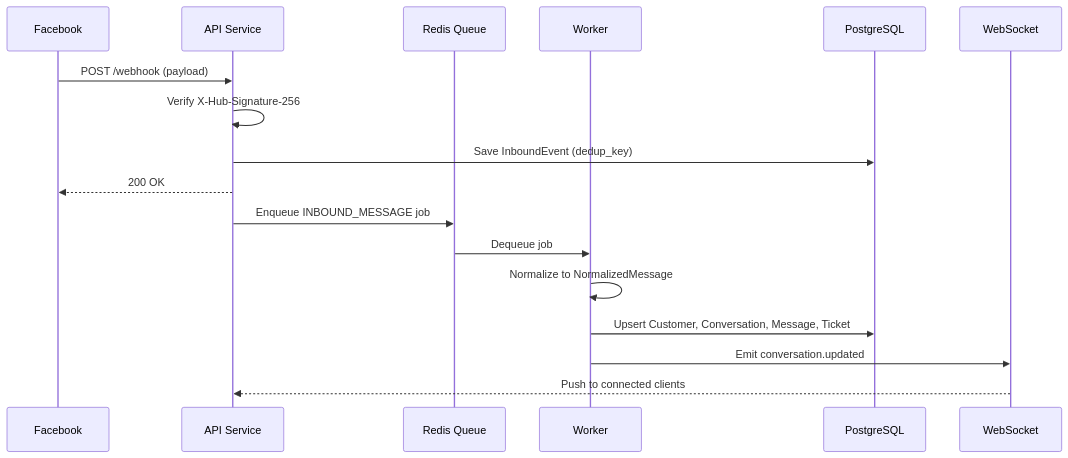
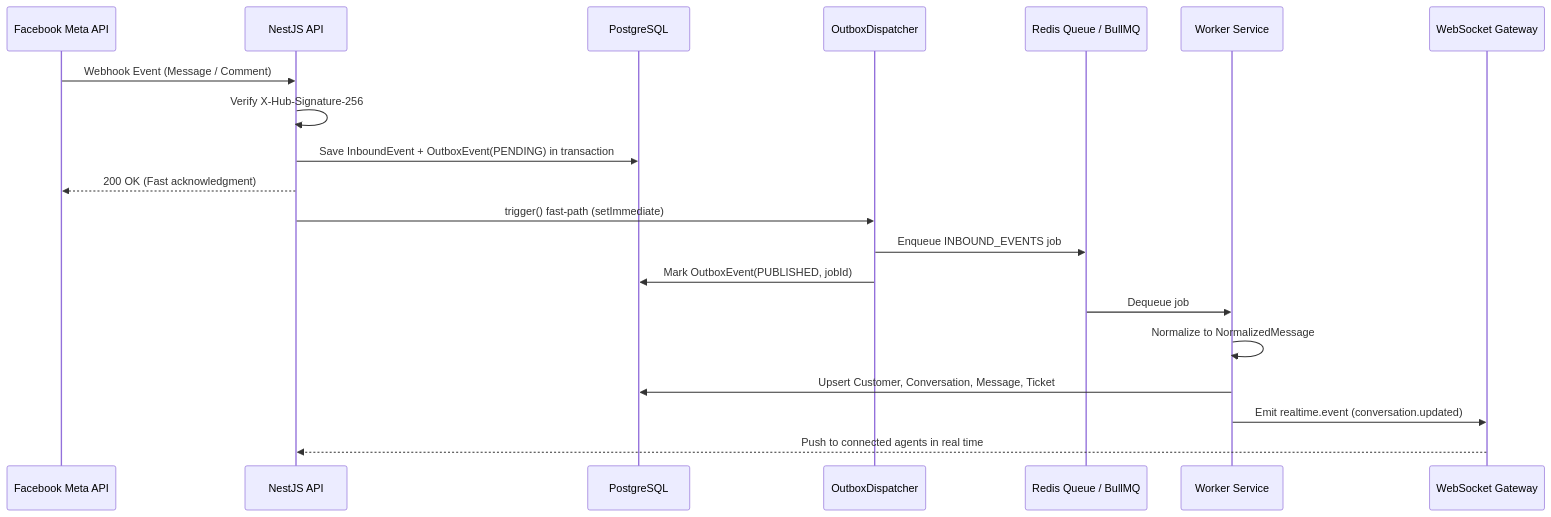
One commit to tbnguyen274/omnidesk changed the second of 6 diagrams in README.md. Above: the diagram before and after it, drawn with Mermaid. The commit also changed other lines of this file and 8 other files, not shown here.

````diff
--- a/README.md
+++ b/README.md
@@ -79,20 +80,23 @@
 ```mermaid
 sequenceDiagram
-    participant FB as Facebook
-    participant API as API Service
-    participant Q as Redis Queue
-    participant W as Worker
+    participant FB as Facebook Meta API
+    participant API as NestJS API
     participant DB as PostgreSQL
-    participant WS as WebSocket
+    participant OD as OutboxDispatcher
+    participant Q as Redis Queue / BullMQ
+    participant W as Worker Service
+    participant WS as WebSocket Gateway
 
-    FB->>API: POST /webhook (payload)
+    FB->>API: Webhook Event (Message / Comment)
     API->>API: Verify X-Hub-Signature-256
-    API->>DB: Save InboundEvent (dedup_key)
-    API-->>FB: 200 OK
-    API->>Q: Enqueue INBOUND_MESSAGE job
+    API->>DB: Save InboundEvent + OutboxEvent(PENDING) in transaction
+    API-->>FB: 200 OK (Fast acknowledgment)
+    API->>OD: trigger() fast-path (setImmediate)
+    OD->>Q: Enqueue INBOUND_EVENTS job
+    OD->>DB: Mark OutboxEvent(PUBLISHED, jobId)
     Q->>W: Dequeue job
     W->>W: Normalize to NormalizedMessage
     W->>DB: Upsert Customer, Conversation, Message, Ticket
-    W->>WS: Emit conversation.updated
-    WS-->>API: Push to connected clients
+    W->>WS: Emit realtime.event (conversation.updated)
+    WS-->>API: Push to connected agents in real time
 ```
````
